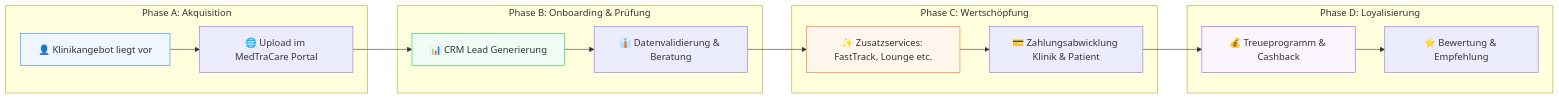
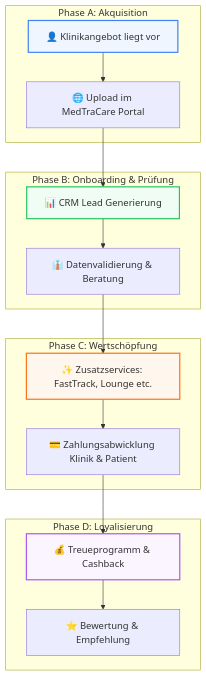
The first of 5 diagrams in Docs/MedTraCare_Implementierungsplan.md (remitoudic/MedTraCare), drawn with Mermaid before and after one commit. The commit also changed 2 other files, not shown here.

Commit message:
Improved Business Flow diagram readability (Portrait layout)

````diff
--- a/Docs/MedTraCare_Implementierungsplan.md
+++ b/Docs/MedTraCare_Implementierungsplan.md
@@ -29,23 +29,23 @@
 ```mermaid
-graph LR
+graph TB
     subgraph "Phase A: Akquisition"
         A1["👤 Klinikangebot liegt vor"] --> A2["🌐 Upload im MedTraCare Portal"]
     end
     subgraph "Phase B: Onboarding & Prüfung"
         A2 --> B1["📊 CRM Lead Generierung"]
         B1 --> B2["👔 Datenvalidierung & Beratung"]
     end
     subgraph "Phase C: Wertschöpfung"
         B2 --> C1["✨ Zusatzservices: FastTrack, Lounge etc."]
         C1 --> C2["💳 Zahlungsabwicklung Klinik & Patient"]
     end
     subgraph "Phase D: Loyalisierung"
         C2 --> D1["💰 Treueprogramm & Cashback"]
         D1 --> D2["⭐ Bewertung & Empfehlung"]
     end
 
-    style A1 fill:#eff6ff,stroke:#3b82f6
-    style B1 fill:#f0fdf4,stroke:#22c55e
-    style C1 fill:#fff7ed,stroke:#f97316
-    style D1 fill:#faf5ff,stroke:#a855f7
+    style A1 fill:#eff6ff,stroke:#3b82f6,stroke-width:2px
+    style B1 fill:#f0fdf4,stroke:#22c55e,stroke-width:2px
+    style C1 fill:#fff7ed,stroke:#f97316,stroke-width:2px
+    style D1 fill:#faf5ff,stroke:#a855f7,stroke-width:2px
 ```
````
